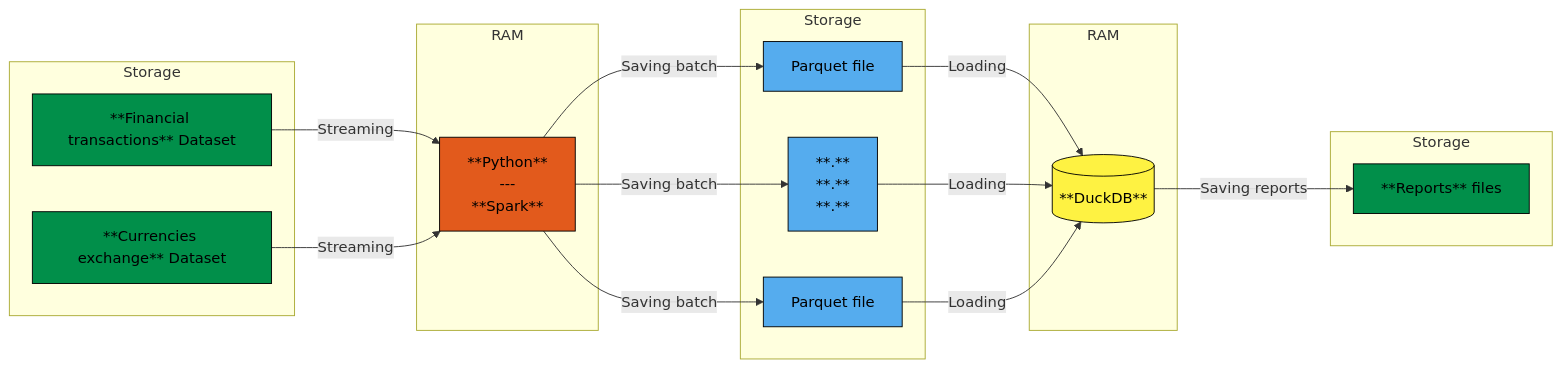
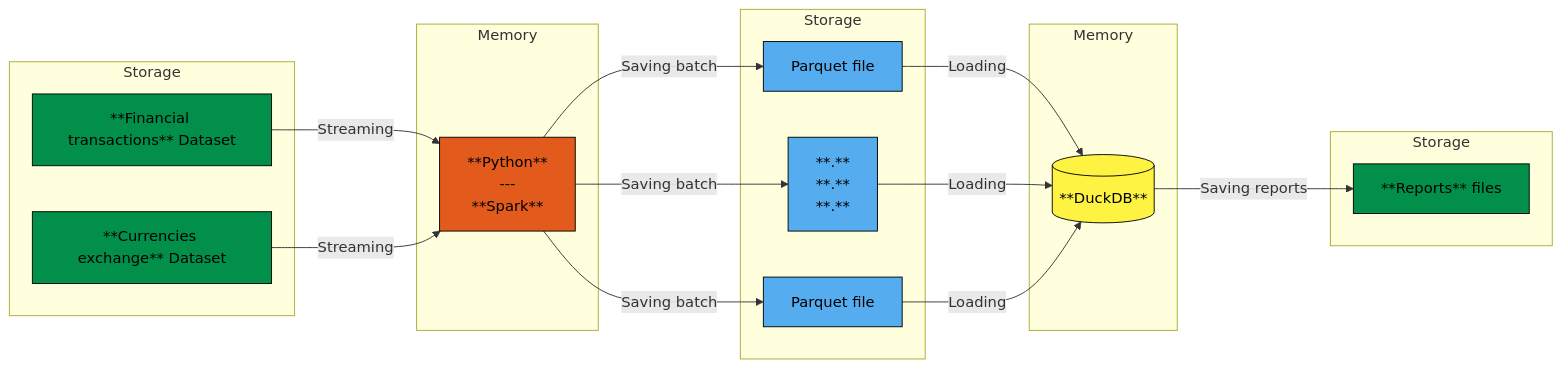
One commit to LugolBis/data-financial changed the diagram in README.md. Above: the diagram before and after it, drawn with Mermaid. The commit also changed other lines of this file, not shown here.

````diff
--- a/README.md
+++ b/README.md
@@ -9,44 +9,44 @@
 ```mermaid
 flowchart LR
     A[**Financial transactions** Dataset] -->|Streaming| C[**Python** <br>--- <br> **Spark**]
     B[**Currencies exchange** Dataset] -->|Streaming| C[**Python** <br>--- <br> **Spark**]
     C -->|Saving batch| D0[Parquet file]
     C -->|Saving batch| D1[**.**<br>**.**<br> **.**]
     C -->|Saving batch| D2[Parquet file]
     D0 -->|Loading| E[(**DuckDB**)]
     D1 -->|Loading| E[(**DuckDB**)]
     D2 -->|Loading| E[(**DuckDB**)]
     E -->|Saving reports| F[**Reports** files]
 
     subgraph Extraction [Storage]
         A
         B
     end
 
-    subgraph Processing [RAM]
+    subgraph Processing [Memory]
         C
     end
 
     subgraph Save [Storage]
         D0
         D1
         D2
     end
 
-    subgraph DBInMemory [RAM]
+    subgraph DBInMemory [Memory]
         E
     end
 
     subgraph Reports [Storage]
         F
     end
     
     style A fill:#018f4a,stroke:#000000,color:#000000,stroke-width:1px
     style B fill:#018f4a,stroke:#000000,color:#000000,stroke-width:1px
     style C fill:#e25a1c,stroke:#000000,color:#000000,stroke-width:1px
     style D0 fill:#55acee,stroke:#000000,color:#000000,stroke-width:1px
     style D1 fill:#55acee,stroke:#000000,color:#000000,stroke-width:1px
     style D2 fill:#55acee,stroke:#000000,color:#000000,stroke-width:1px
     style E fill:#fef242,stroke:#000000,color:#000000,stroke-width:1px
     style F fill:#018f4a,stroke:#000000,color:#000000,stroke-width:1px
 ```
````
